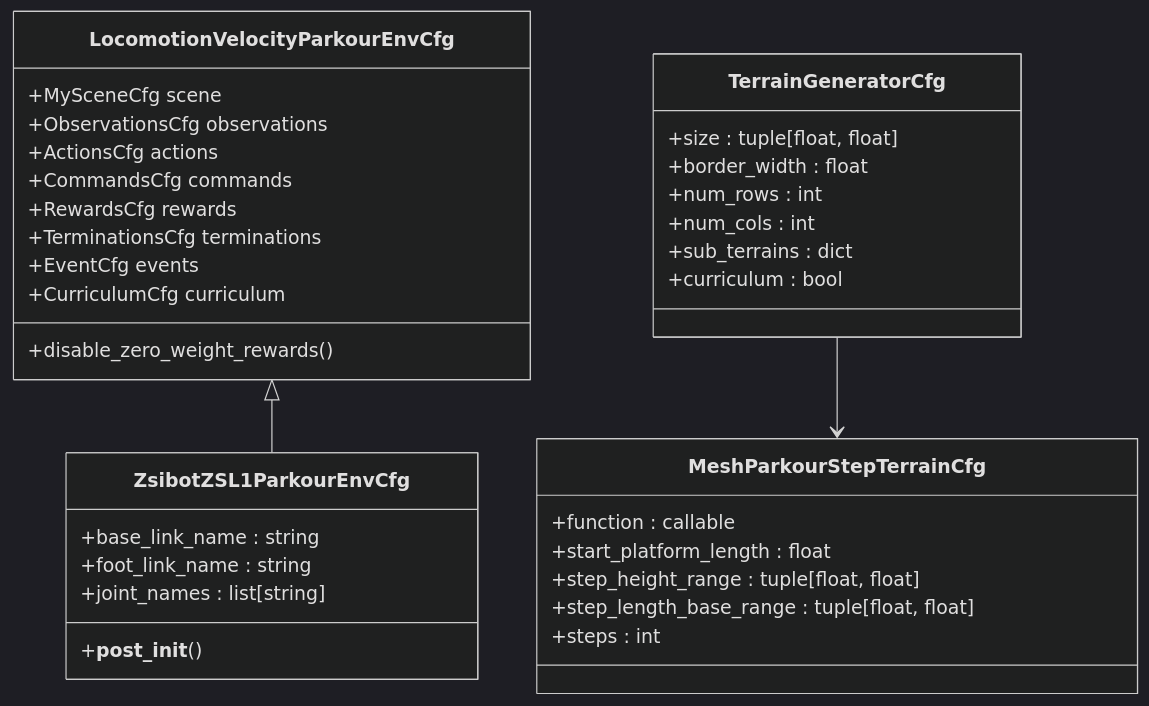
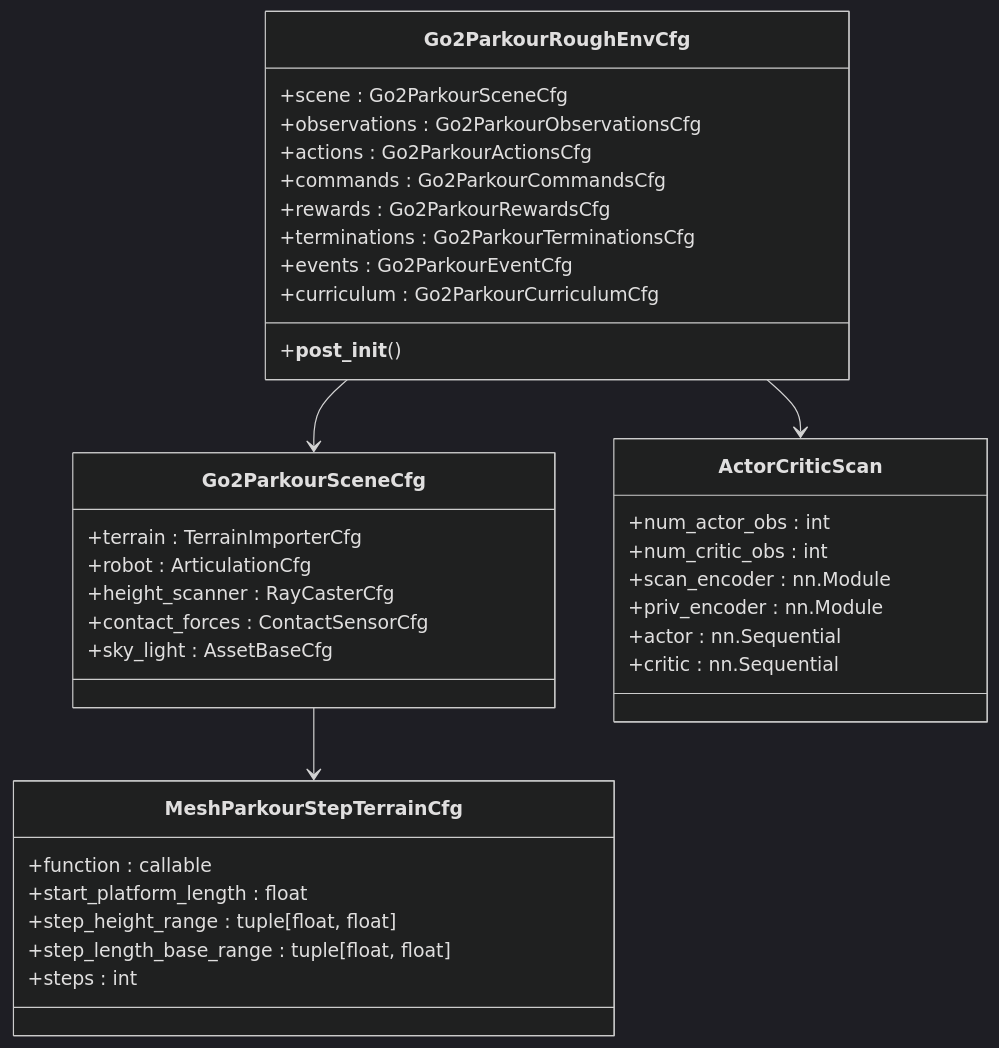
The second of 11 diagrams in .qoder/repowiki/en/content/Task Configuration Framework/Velocity-Based Locomotion Tasks/Parkour Navigation System.md (jayjayhust/robot_lab), drawn with Mermaid (dark theme) before and after one commit. The commit also changed other lines of this file and 17 other files, not shown here.

Commit message:
add zsl1 parkour training

````diff
--- a/.qoder/repowiki/en/content/Task Configuration Framework/Velocity-Based Locomotion Tasks/Parkour Navigation System.md
+++ b/.qoder/repowiki/en/content/Task Configuration Framework/Velocity-Based Locomotion Tasks/Parkour Navigation System.md
@@ -94,37 +119,39 @@
 ```mermaid
 classDiagram
-class LocomotionVelocityParkourEnvCfg {
-+MySceneCfg scene
-+ObservationsCfg observations
-+ActionsCfg actions
-+CommandsCfg commands
-+RewardsCfg rewards
-+TerminationsCfg terminations
-+EventCfg events
-+CurriculumCfg curriculum
-+disable_zero_weight_rewards()
-}
-class ZsibotZSL1ParkourEnvCfg {
-+base_link_name : string
-+foot_link_name : string
-+joint_names : list[string]
+class Go2ParkourRoughEnvCfg {
++scene : Go2ParkourSceneCfg
++observations : Go2ParkourObservationsCfg
++actions : Go2ParkourActionsCfg
++commands : Go2ParkourCommandsCfg
++rewards : Go2ParkourRewardsCfg
++terminations : Go2ParkourTerminationsCfg
++events : Go2ParkourEventCfg
++curriculum : Go2ParkourCurriculumCfg
 +__post_init__()
 }
-class TerrainGeneratorCfg {
-+size : tuple[float, float]
-+border_width : float
-+num_rows : int
-+num_cols : int
-+sub_terrains : dict
-+curriculum : bool
+class Go2ParkourSceneCfg {
++terrain : TerrainImporterCfg
++robot : ArticulationCfg
++height_scanner : RayCasterCfg
++contact_forces : ContactSensorCfg
++sky_light : AssetBaseCfg
 }
 class MeshParkourStepTerrainCfg {
 +function : callable
 +start_platform_length : float
 +step_height_range : tuple[float, float]
 +step_length_base_range : tuple[float, float]
 +steps : int
 }
-LocomotionVelocityParkourEnvCfg <|-- ZsibotZSL1ParkourEnvCfg
-TerrainGeneratorCfg --> MeshParkourStepTerrainCfg
+class ActorCriticScan {
++num_actor_obs : int
++num_critic_obs : int
++scan_encoder : nn.Module
++priv_encoder : nn.Module
++actor : nn.Sequential
++critic : nn.Sequential
+}
+Go2ParkourRoughEnvCfg --> Go2ParkourSceneCfg
+Go2ParkourSceneCfg --> MeshParkourStepTerrainCfg
+Go2ParkourRoughEnvCfg --> ActorCriticScan
 ```
````
